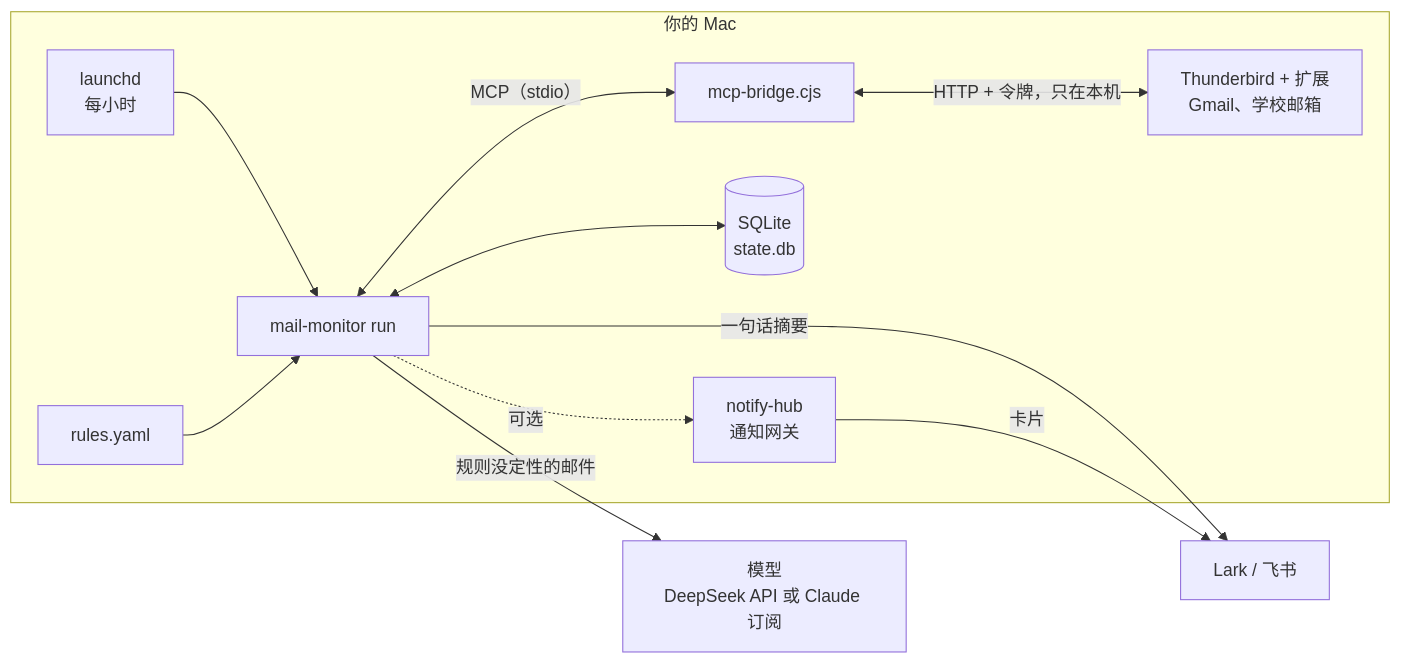
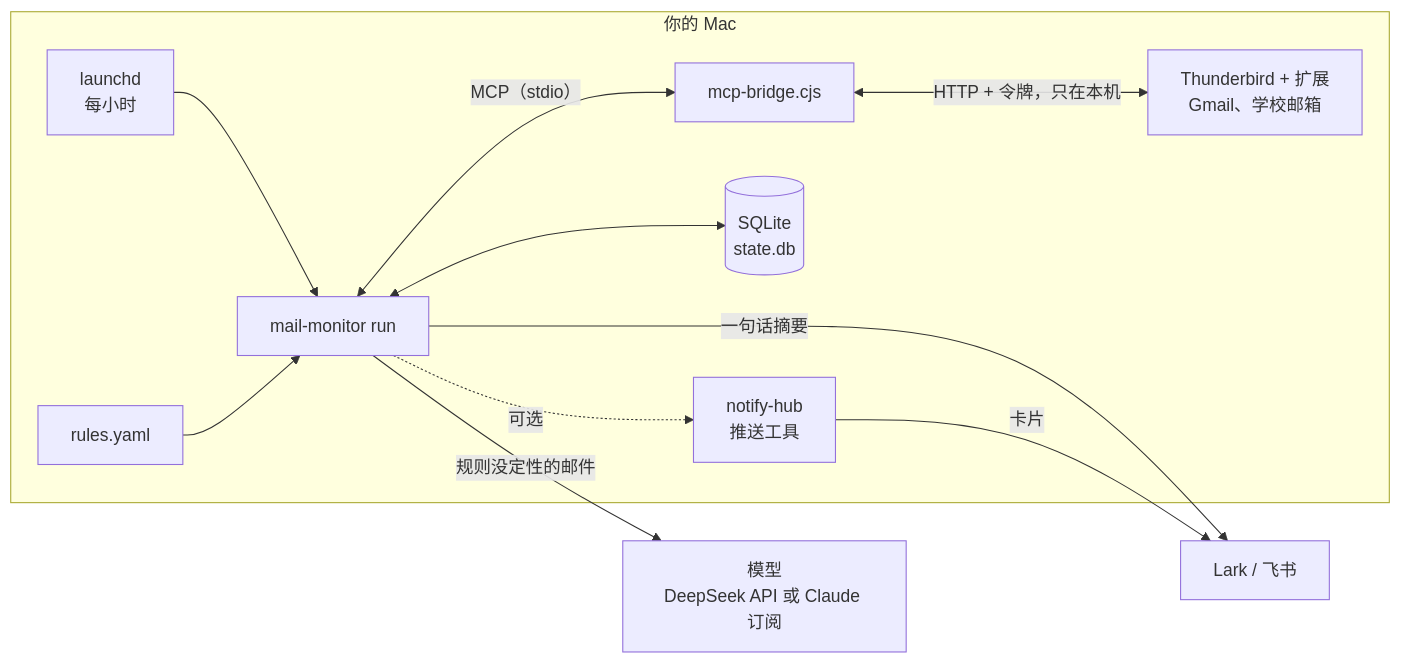
One commit to yuhang2551/thunderbird-mail-agent changed the first of 3 diagrams in monitor/docs/architecture.md. Above: the diagram before and after it, drawn with Mermaid. The commit also changed other lines of this file and 26 other files, not shown here.

````diff
--- a/monitor/docs/architecture.md
+++ b/monitor/docs/architecture.md
@@ -26,14 +26,14 @@
 ```mermaid
 flowchart LR
     subgraph mac["你的 Mac"]
         L["launchd<br/>每小时"] --> M["mail-monitor run"]
         M <-->|"MCP（stdio）"| B["mcp-bridge.cjs"]
         B <-->|"HTTP + 令牌，只在本机"| T["Thunderbird + 扩展<br/>Gmail、学校邮箱"]
         M <--> D[("SQLite<br/>state.db")]
         R["rules.yaml"] --> M
-        M -.->|"可选"| H["notify-hub<br/>通知网关"]
+        M -.->|"可选"| H["notify-hub<br/>推送工具"]
     end
     M -->|"规则没定性的邮件"| A["模型<br/>DeepSeek API 或 Claude 订阅"]
     M -->|"一句话摘要"| K["Lark / 飞书"]
     H -->|"卡片"| K
 ```
````
